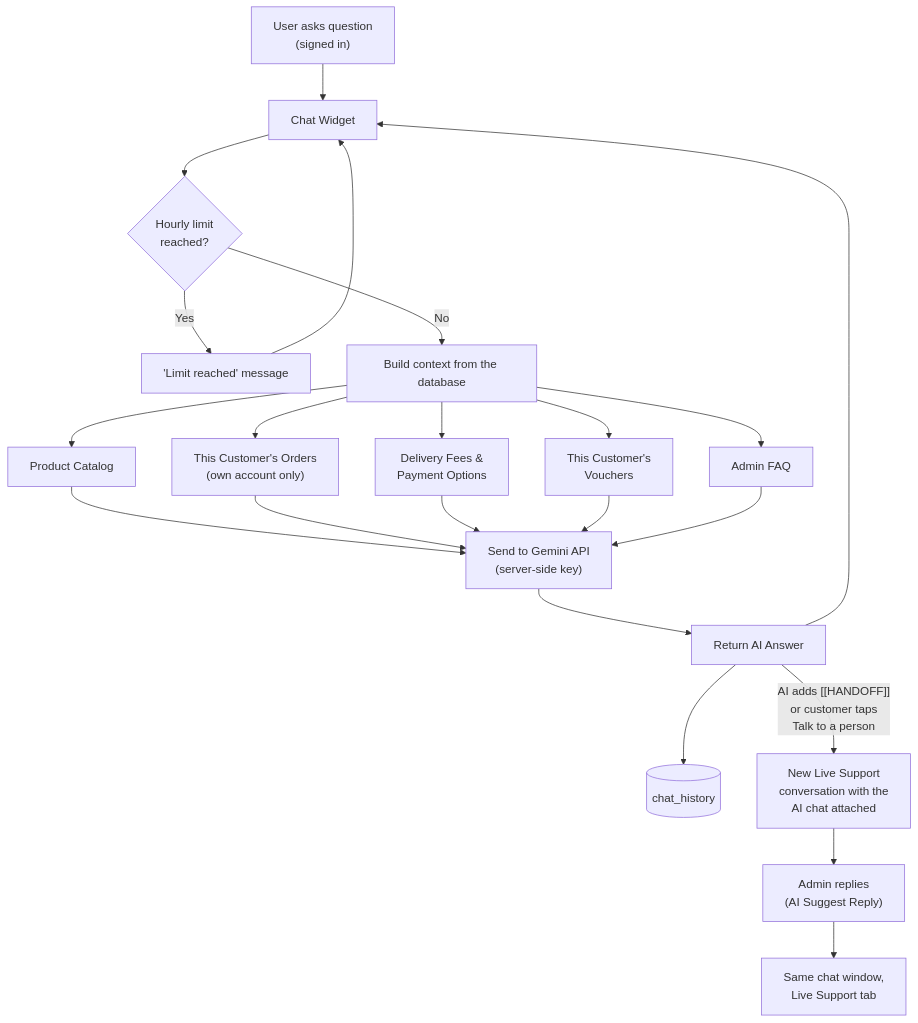
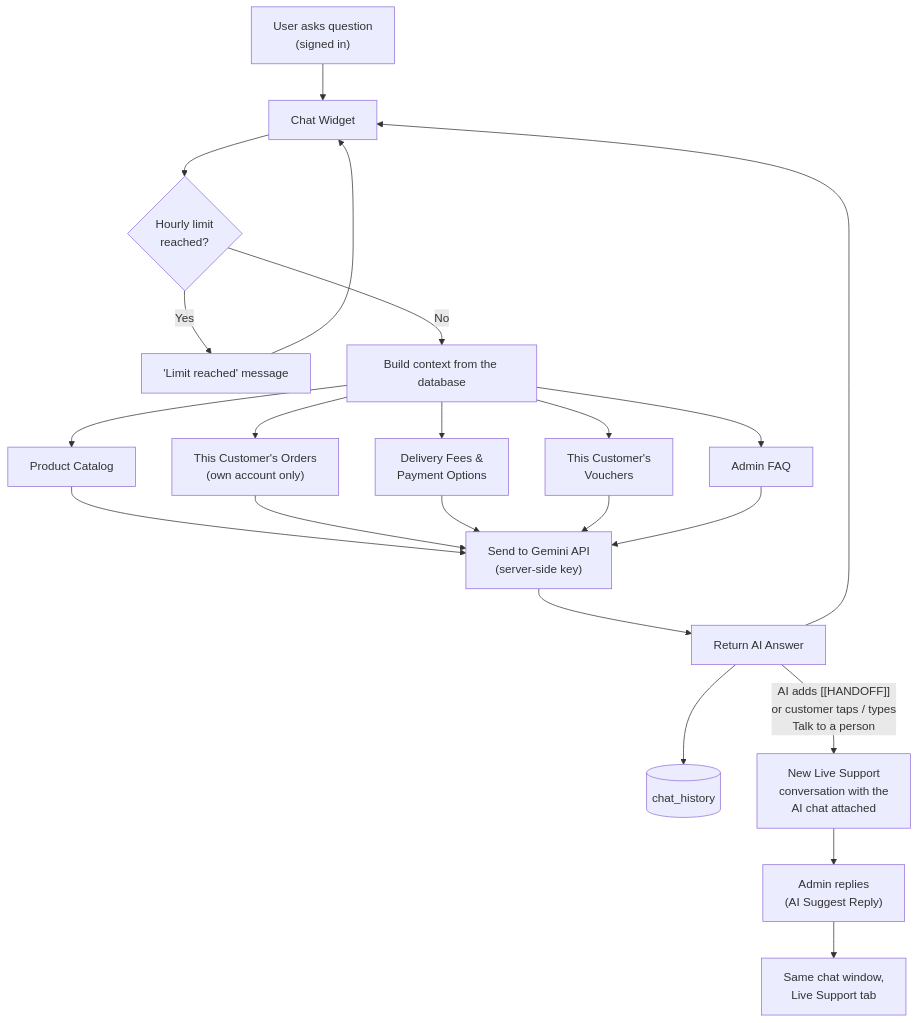
One commit to kurooo-san/THREAD-AND-PRESS-HUB changed the diagram in docs/system-architecture/data flow 3.3.mmd. Above: the diagram before and after it, drawn with Mermaid. The commit also changed 6 other files, not shown here.

First line of the commit message:
Let customers type to switch between the AI and Live Support

```diff
--- a/docs/system-architecture/data flow 3.3.mmd
+++ b/docs/system-architecture/data flow 3.3.mmd
@@ -1,23 +1,23 @@
 %% 3.3 AI chatbot flow. The admin FAQ is part of the context sent to Gemini (no separate FAQ shortcut).
 flowchart TD
     A["User asks question<br/>(signed in)"] --> B[Chat Widget]
     B --> C{Hourly limit<br/>reached?}
     C -- Yes --> D["'Limit reached' message"]
     D --> B
     C -- No --> E["Build context from the database"]
     E --> F[Product Catalog]
     E --> G["This Customer's Orders<br/>(own account only)"]
     E --> H["Delivery Fees &<br/>Payment Options"]
     E --> I["This Customer's<br/>Vouchers"]
     E --> J[Admin FAQ]
     F --> K["Send to Gemini API<br/>(server-side key)"]
     G --> K
     H --> K
     I --> K
     J --> K
     K --> L[Return AI Answer]
     L --> M[(chat_history)]
     L --> B
-    L -- "AI adds [[HANDOFF]]<br/>or customer taps<br/>Talk to a person" --> N["New Live Support<br/>conversation with the<br/>AI chat attached"]
+    L -- "AI adds [[HANDOFF]]<br/>or customer taps / types<br/>Talk to a person" --> N["New Live Support<br/>conversation with the<br/>AI chat attached"]
     N --> O["Admin replies<br/>(AI Suggest Reply)"]
     O --> P["Same chat window,<br/>Live Support tab"]
```
